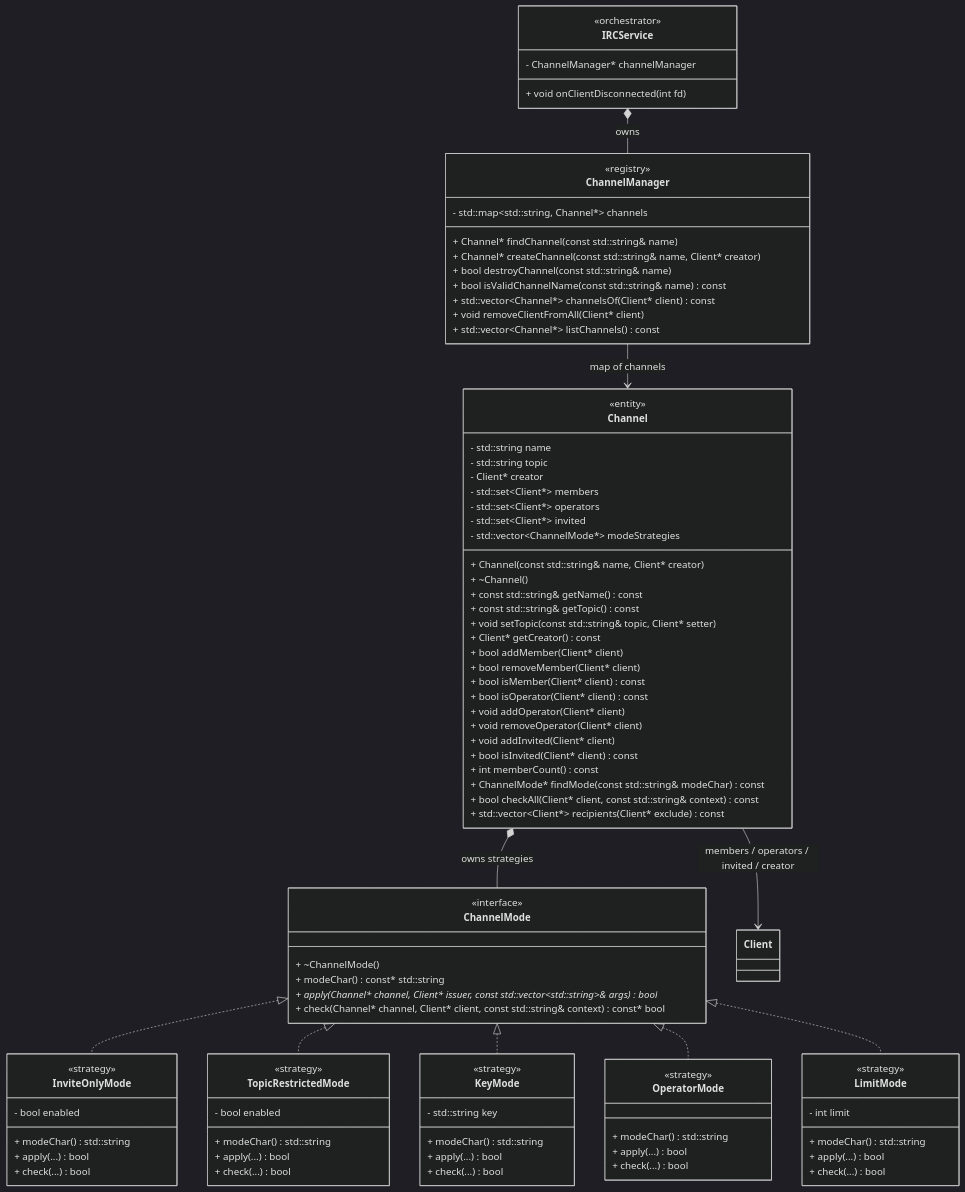
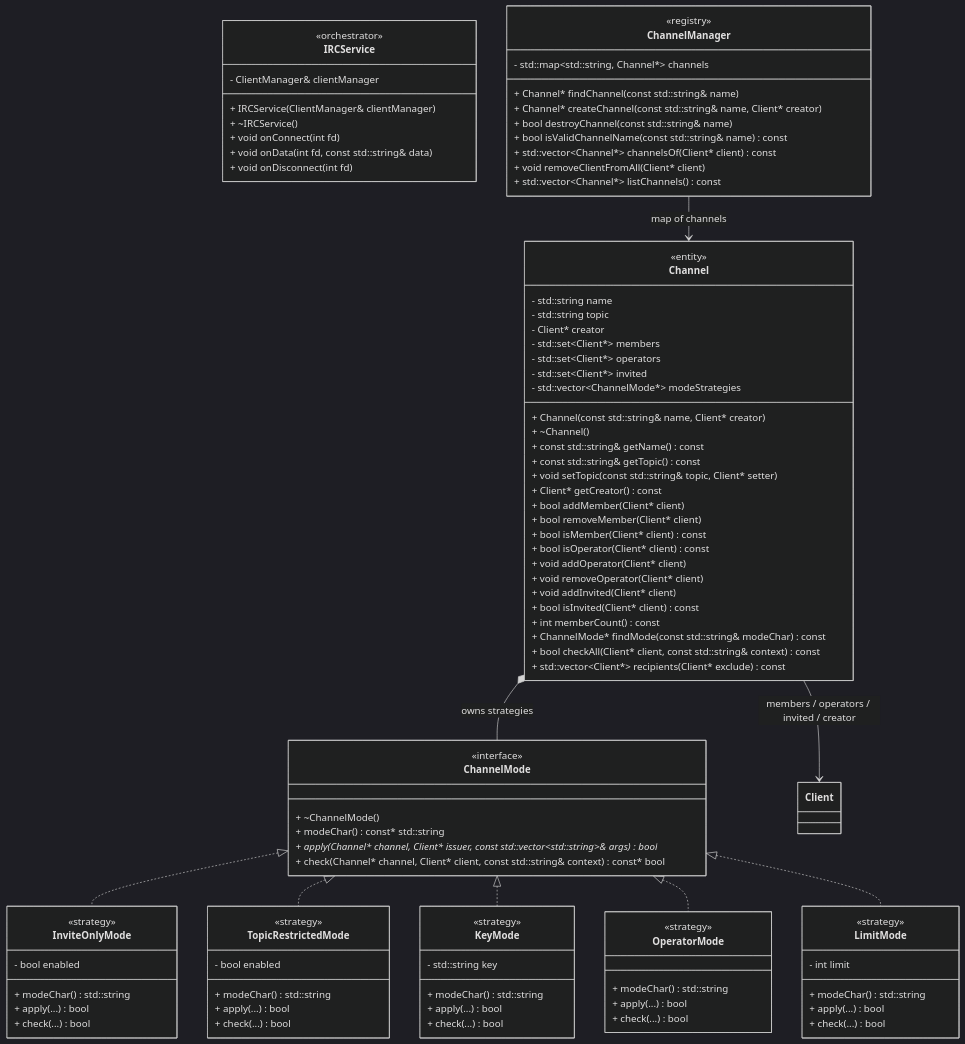
One commit to LuisGrigore/ft-irc changed the diagram in docs/diagrams/class/irc_channels.mmd. Above: the diagram before and after it, drawn with Mermaid (dark theme). The commit also changed 7 other files, not shown here.

```diff
--- a/docs/diagrams/class/irc_channels.mmd
+++ b/docs/diagrams/class/irc_channels.mmd
@@ -1,107 +1,110 @@
 classDiagram
     class IRCService {
         <<orchestrator>>
-        - ChannelManager* channelManager
-        + void onClientDisconnected(int fd)
+        - ClientManager& clientManager
+        + IRCService(ClientManager& clientManager)
+        + ~IRCService()
+        + void onConnect(int fd)
+        + void onData(int fd, const std::string& data)
+        + void onDisconnect(int fd)
     }
 
     class ChannelManager {
         <<registry>>
         - std::map~std::string, Channel*~ channels
         + Channel* findChannel(const std::string& name)
         + Channel* createChannel(const std::string& name, Client* creator)
         + bool destroyChannel(const std::string& name)
         + bool isValidChannelName(const std::string& name) const
         + std::vector~Channel*~ channelsOf(Client* client) const
         + void removeClientFromAll(Client* client)
         + std::vector~Channel*~ listChannels() const
     }
 
     class Channel {
         <<entity>>
         - std::string name
         - std::string topic
         - Client* creator
         - std::set~Client*~ members
         - std::set~Client*~ operators
         - std::set~Client*~ invited
         - std::vector~ChannelMode*~ modeStrategies
         + Channel(const std::string& name, Client* creator)
         + ~Channel()
         + const std::string& getName() const
         + const std::string& getTopic() const
         + void setTopic(const std::string& topic, Client* setter)
         + Client* getCreator() const
         + bool addMember(Client* client)
         + bool removeMember(Client* client)
         + bool isMember(Client* client) const
         + bool isOperator(Client* client) const
         + void addOperator(Client* client)
         + void removeOperator(Client* client)
         + void addInvited(Client* client)
         + bool isInvited(Client* client) const
         + int memberCount() const
         + ChannelMode* findMode(const std::string& modeChar) const
         + bool checkAll(Client* client, const std::string& context) const
         + std::vector~Client*~ recipients(Client* exclude) const
     }
 
     class ChannelMode {
         <<interface>>
         + ~ChannelMode()
         + modeChar() const* std::string
         + apply(Channel* channel, Client* issuer, const std::vector~std::string~& args)* bool
         + check(Channel* channel, Client* client, const std::string& context) const* bool
     }
 
     class InviteOnlyMode {
         <<strategy>>
         - bool enabled
         + modeChar() std::string
         + apply(...) bool
         + check(...) bool
     }
 
     class TopicRestrictedMode {
         <<strategy>>
         - bool enabled
         + modeChar() std::string
         + apply(...) bool
         + check(...) bool
     }
 
     class KeyMode {
         <<strategy>>
         - std::string key
         + modeChar() std::string
         + apply(...) bool
         + check(...) bool
     }
 
     class OperatorMode {
         <<strategy>>
         + modeChar() std::string
         + apply(...) bool
         + check(...) bool
     }
 
     class LimitMode {
         <<strategy>>
         - int limit
         + modeChar() std::string
         + apply(...) bool
         + check(...) bool
     }
 
     class Client
 
-    IRCService *-- ChannelManager : owns
     ChannelManager --> Channel : map of channels
     Channel --> Client : members / operators / invited / creator
     Channel *-- ChannelMode : owns strategies
 
     ChannelMode <|.. InviteOnlyMode
     ChannelMode <|.. TopicRestrictedMode
     ChannelMode <|.. KeyMode
     ChannelMode <|.. OperatorMode
     ChannelMode <|.. LimitMode
```
